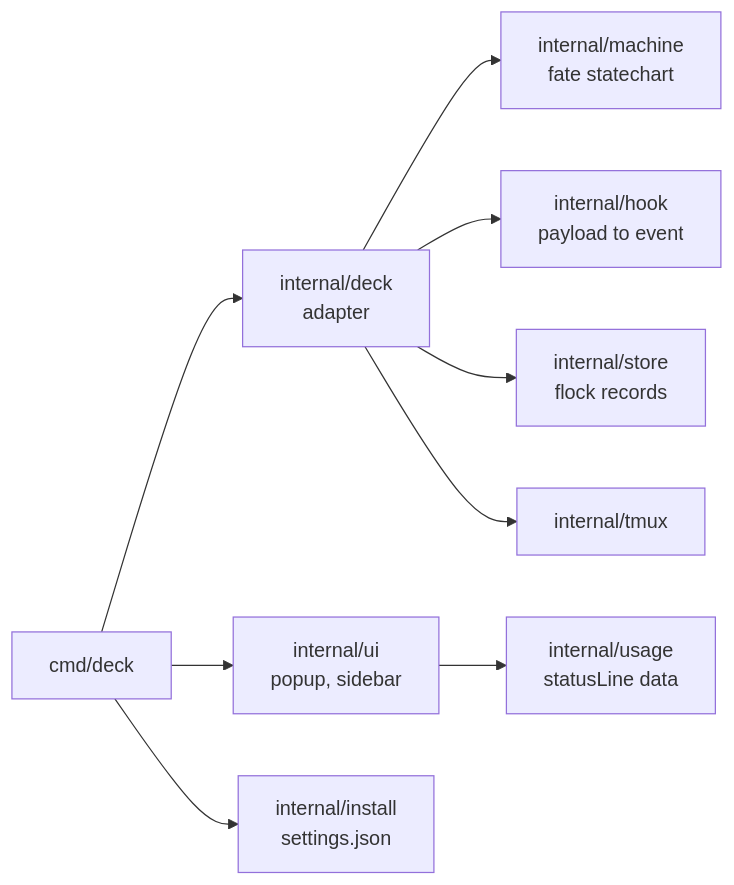
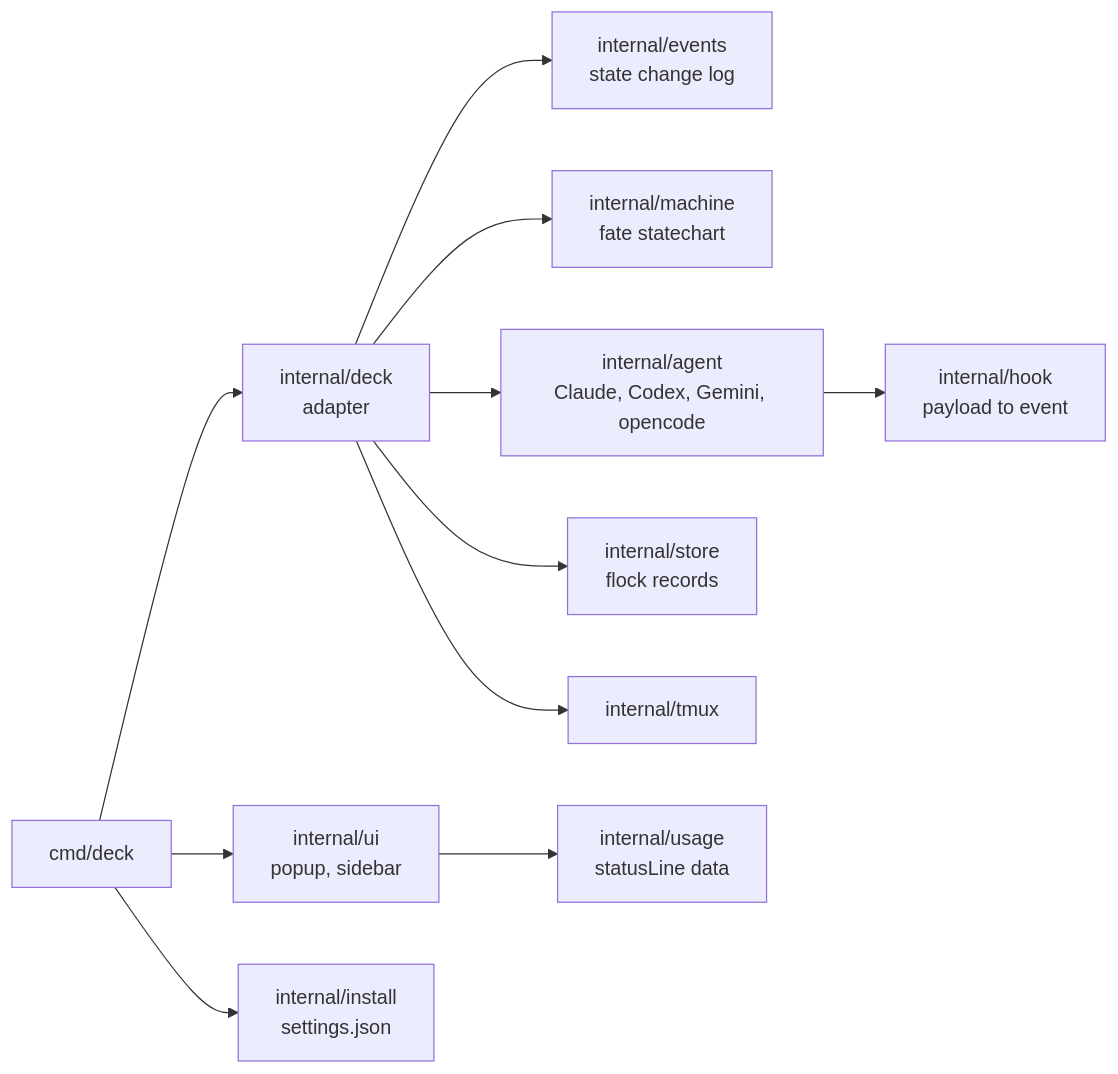
Before and after one commit to arisros/tmux-agent-deck: the fourth of 4 diagrams in README.md, drawn with Mermaid. The commit also changed other lines of this file and 41 other files, not shown here.

First line of the commit message:
feat!: say why agents wait, answer them, and track codex, gemini, opencode (#10)

````diff
--- a/README.md
+++ b/README.md
@@ -191,11 +257,13 @@
 ```mermaid
 flowchart LR
   cmd[cmd/deck] --> deck[internal/deck<br/>adapter]
   cmd --> ui[internal/ui<br/>popup, sidebar]
   cmd --> install[internal/install<br/>settings.json]
+  deck --> events[internal/events<br/>state change log]
   deck --> machine[internal/machine<br/>fate statechart]
-  deck --> hook[internal/hook<br/>payload to event]
+  deck --> agent[internal/agent<br/>Claude, Codex, Gemini, opencode]
+  agent --> hook[internal/hook<br/>payload to event]
   deck --> store[internal/store<br/>flock records]
   deck --> tmux[internal/tmux]
   ui --> usage[internal/usage<br/>statusLine data]
 ```
````
